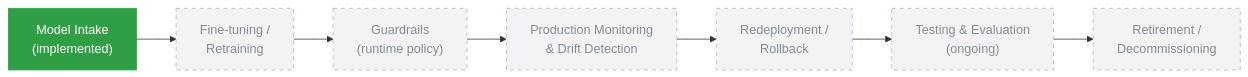
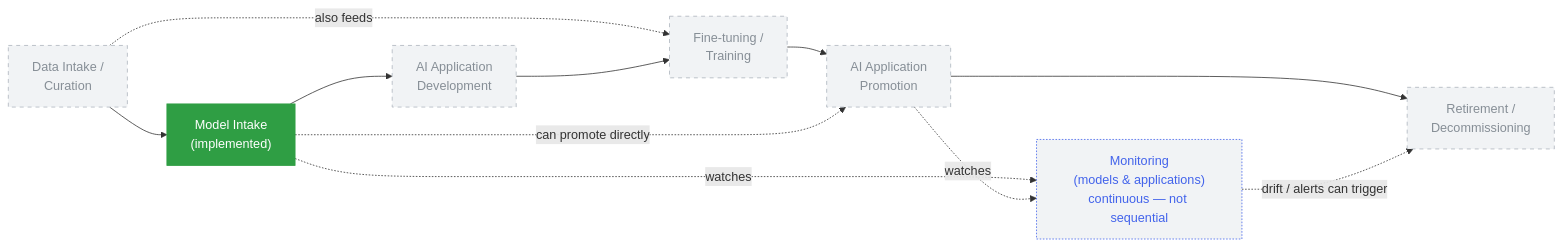
Before and after one commit to jhurlocker/ModelOps: the second of 2 diagrams in README.md, drawn with Mermaid. The commit also changed other lines of this file and 1 other file, not shown here.

````diff
--- a/README.md
+++ b/README.md
@@ -122,15 +143,26 @@
 ```mermaid
 flowchart LR
+    Data["Data Intake /<br/>Curation"]:::planned
     Intake["Model Intake<br/>(implemented)"]:::done
-    Finetune["Fine-tuning /<br/>Retraining"]:::planned
-    Guardrails["Guardrails<br/>(runtime policy)"]:::planned
-    Monitoring["Production Monitoring<br/>& Drift Detection"]:::planned
-    Redeploy["Redeployment /<br/>Rollback"]:::planned
-    Testing["Testing & Evaluation<br/>(ongoing)"]:::planned
+    AppDev["AI Application<br/>Development"]:::planned
+    Finetune["Fine-tuning /<br/>Training"]:::planned
+    AppPromo["AI Application<br/>Promotion"]:::planned
     Retire["Retirement /<br/>Decommissioning"]:::planned
+    Monitor["Monitoring<br/>(models & applications)<br/>continuous — not sequential"]:::monitoring
 
-    Intake --> Finetune --> Guardrails --> Monitoring --> Redeploy --> Testing --> Retire
+    Data --> Intake
+    Data -.also feeds.-> Finetune
+    Intake --> AppDev
+    AppDev --> Finetune
+    Finetune --> AppPromo
+    Intake -.can promote directly.-> AppPromo
+    AppPromo --> Retire
+
+    Intake -.watches.-> Monitor
+    AppPromo -.watches.-> Monitor
+    Monitor -.drift / alerts can trigger.-> Retire
 
     classDef done fill:#2f9e44,stroke:#2f9e44,color:#ffffff
     classDef planned fill:#f1f3f5,stroke:#adb5bd,stroke-dasharray: 5 5,color:#868e96
+    classDef monitoring fill:#f1f3f5,stroke:#4263eb,stroke-dasharray: 2 2,color:#4263eb
 ```
````
